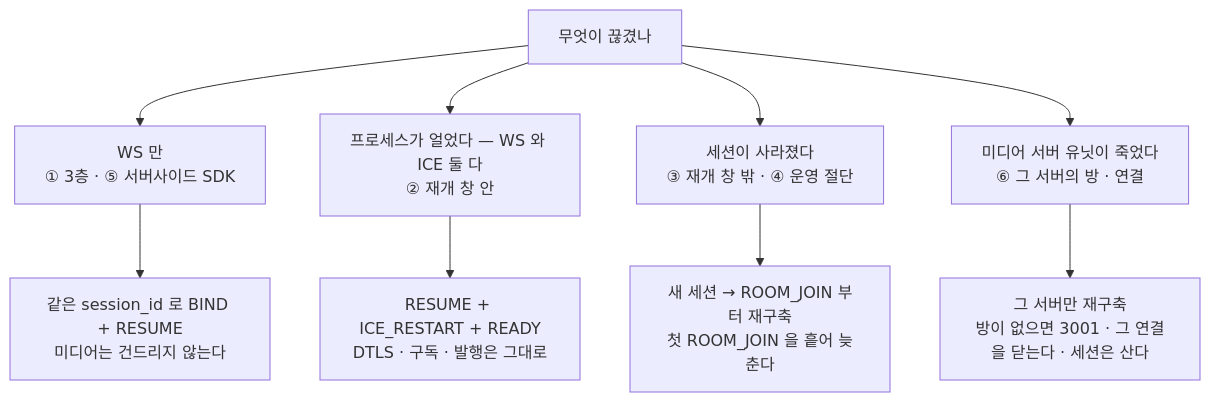
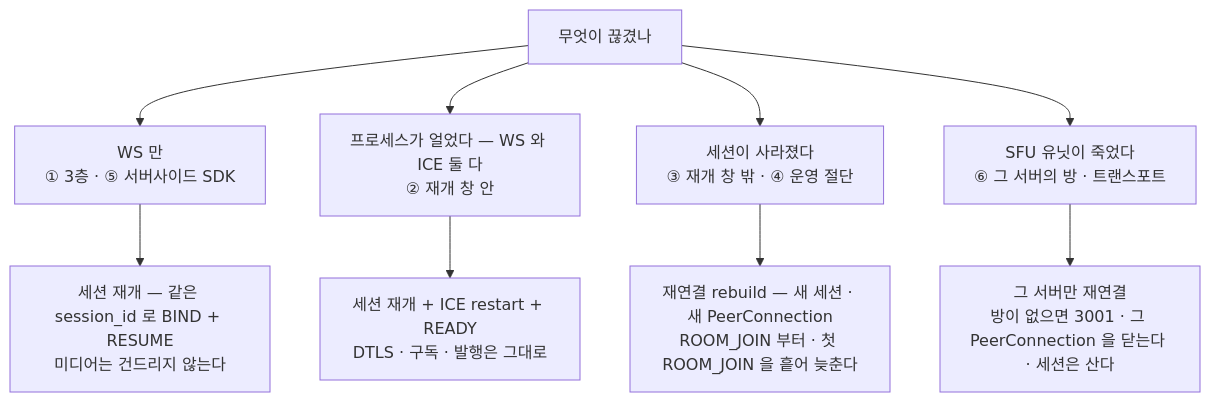
One commit to kodeholic9/oxlens-sfu changed the first of 4 diagrams in docs/learn/10_RECOVERY.md. Above: the diagram before and after it, drawn with Mermaid. The commit also changed other lines of this file and 19 other files, not shown here.

````diff
--- a/docs/learn/10_RECOVERY.md
+++ b/docs/learn/10_RECOVERY.md
@@ -9,11 +9,11 @@
 ```mermaid
 flowchart TD
   Q["무엇이 끊겼나"] --> W["WS 만<br/>① 3층 · ⑤ 서버사이드 SDK"]
   Q --> F["프로세스가 얼었다 — WS 와 ICE 둘 다<br/>② 재개 창 안"]
   Q --> G["세션이 사라졌다<br/>③ 재개 창 밖 · ④ 운영 절단"]
-  Q --> U["미디어 서버 유닛이 죽었다<br/>⑥ 그 서버의 방 · 연결"]
-  W --> R1["같은 session_id 로 BIND + RESUME<br/>미디어는 건드리지 않는다"]
-  F --> R2["RESUME + ICE_RESTART + READY<br/>DTLS · 구독 · 발행은 그대로"]
-  G --> R3["새 세션 → ROOM_JOIN 부터 재구축<br/>첫 ROOM_JOIN 을 흩어 늦춘다"]
-  U --> R4["그 서버만 재구축<br/>방이 없으면 3001 · 그 연결을 닫는다 · 세션은 산다"]
+  Q --> U["SFU 유닛이 죽었다<br/>⑥ 그 서버의 방 · 트랜스포트"]
+  W --> R1["세션 재개 — 같은 session_id 로 BIND + RESUME<br/>미디어는 건드리지 않는다"]
+  F --> R2["세션 재개 + ICE restart + READY<br/>DTLS · 구독 · 발행은 그대로"]
+  G --> R3["재연결 rebuild — 새 세션 · 새 PeerConnection<br/>ROOM_JOIN 부터 · 첫 ROOM_JOIN 을 흩어 늦춘다"]
+  U --> R4["그 서버만 재연결<br/>방이 없으면 3001 · 그 PeerConnection 을 닫는다 · 세션은 산다"]
 ```
````
